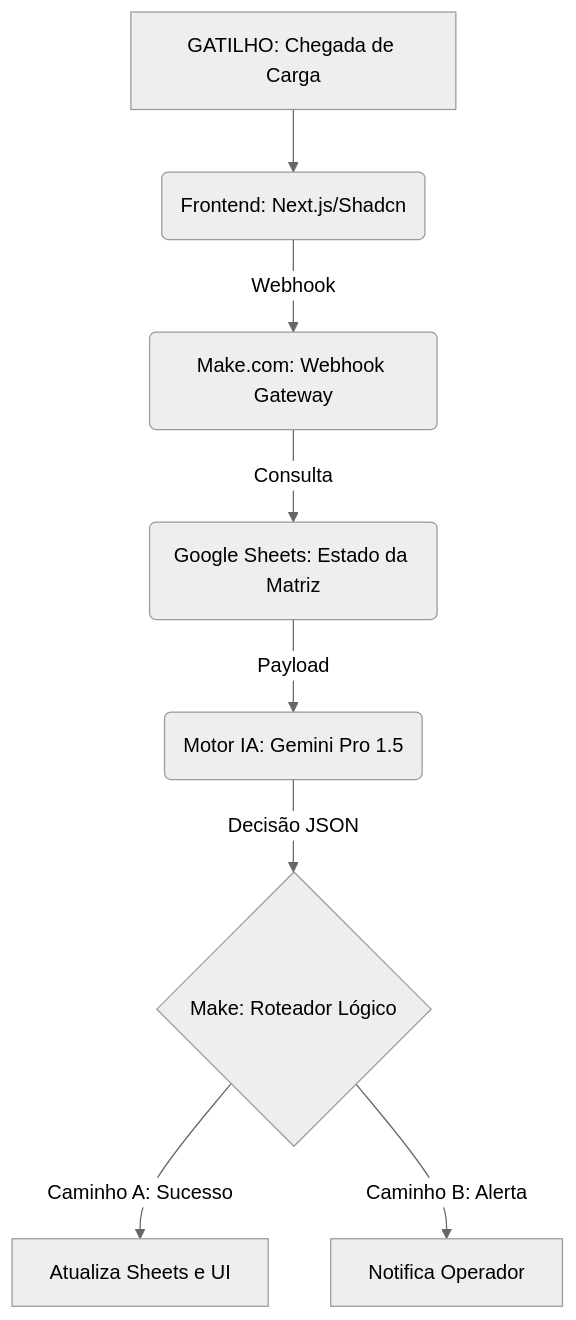
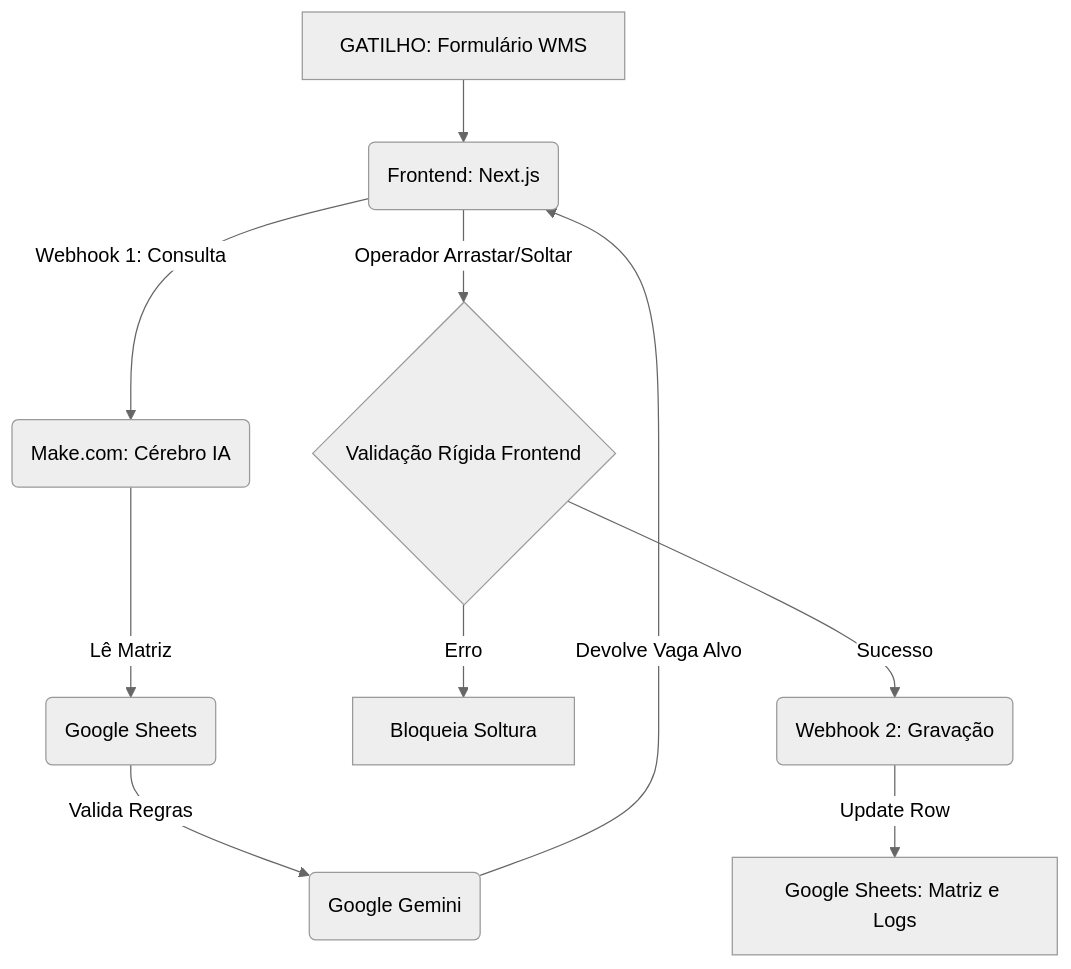
Before and after one commit to Eduardo377/argos-wms-digital-twin: the diagram in README.md, drawn with Mermaid (neutral theme). The commit also changed other lines of this file, not shown here.

Commit message:
docs: atualiza documentacao e consolida bump de versao para v3.0.0

````diff
--- a/README.md
+++ b/README.md
@@ -71,11 +38,13 @@
 ```mermaid
 graph TD
-    A[GATILHO: Chegada de Carga] --> B(Frontend: Next.js/Shadcn)
-    B -->|Webhook| C(Make.com: Webhook Gateway)
-    C -->|Consulta| D(Google Sheets: Estado da Matriz)
-    D -->|Payload| E(Motor IA: Gemini Pro 1.5)
-    E -->|Decisão JSON| F{Make: Roteador Lógico}
-    F -->|Caminho A: Sucesso| G[Atualiza Sheets e UI]
-    F -->|Caminho B: Alerta| H[Notifica Operador]
+    A[GATILHO: Formulário WMS] --> B(Frontend: Next.js)
+    B -->|Webhook 1: Consulta| C(Make.com: Cérebro IA)
+    C -->|Lê Matriz| D(Google Sheets)
+    D -->|Valida Regras| E(Google Gemini)
+    E -->|Devolve Vaga Alvo| B
+    B -->|Operador Arrastar/Soltar| F{Validação Rígida Frontend}
+    F -->|Erro| G[Bloqueia Soltura]
+    F -->|Sucesso| H(Webhook 2: Gravação)
+    H -->|Update Row| I[Google Sheets: Matriz e Logs]
 
 ```
````
